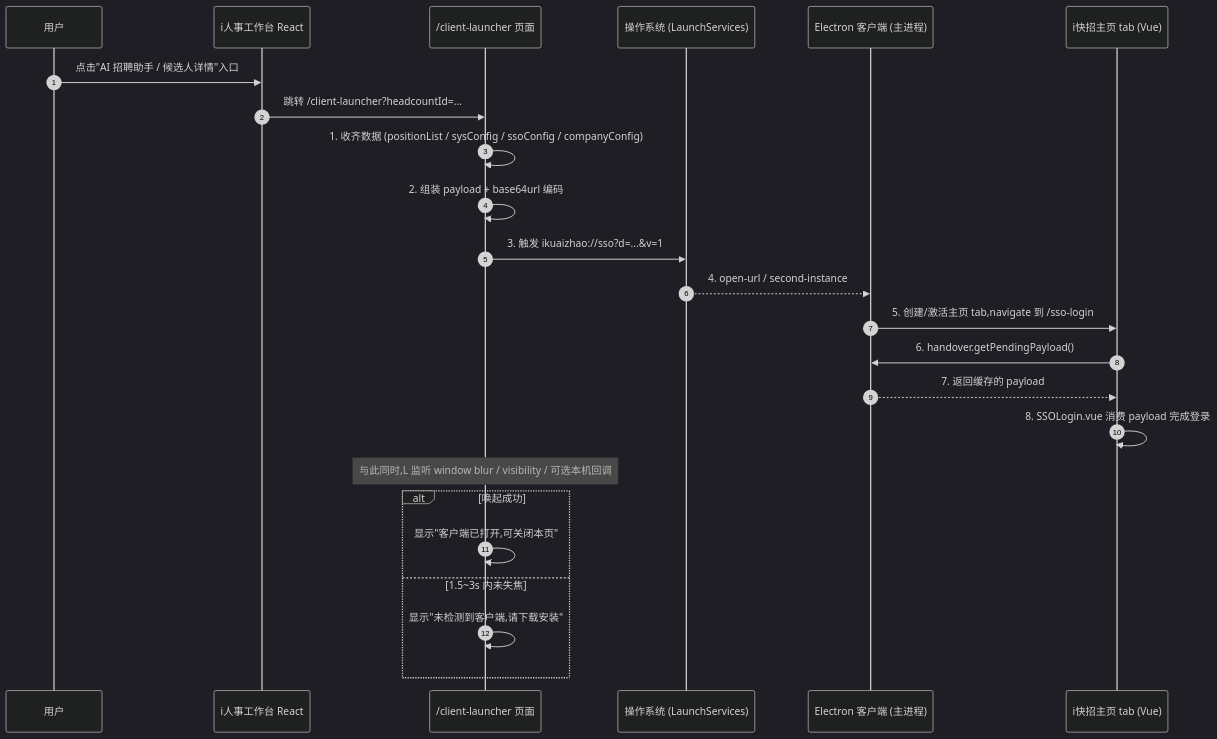
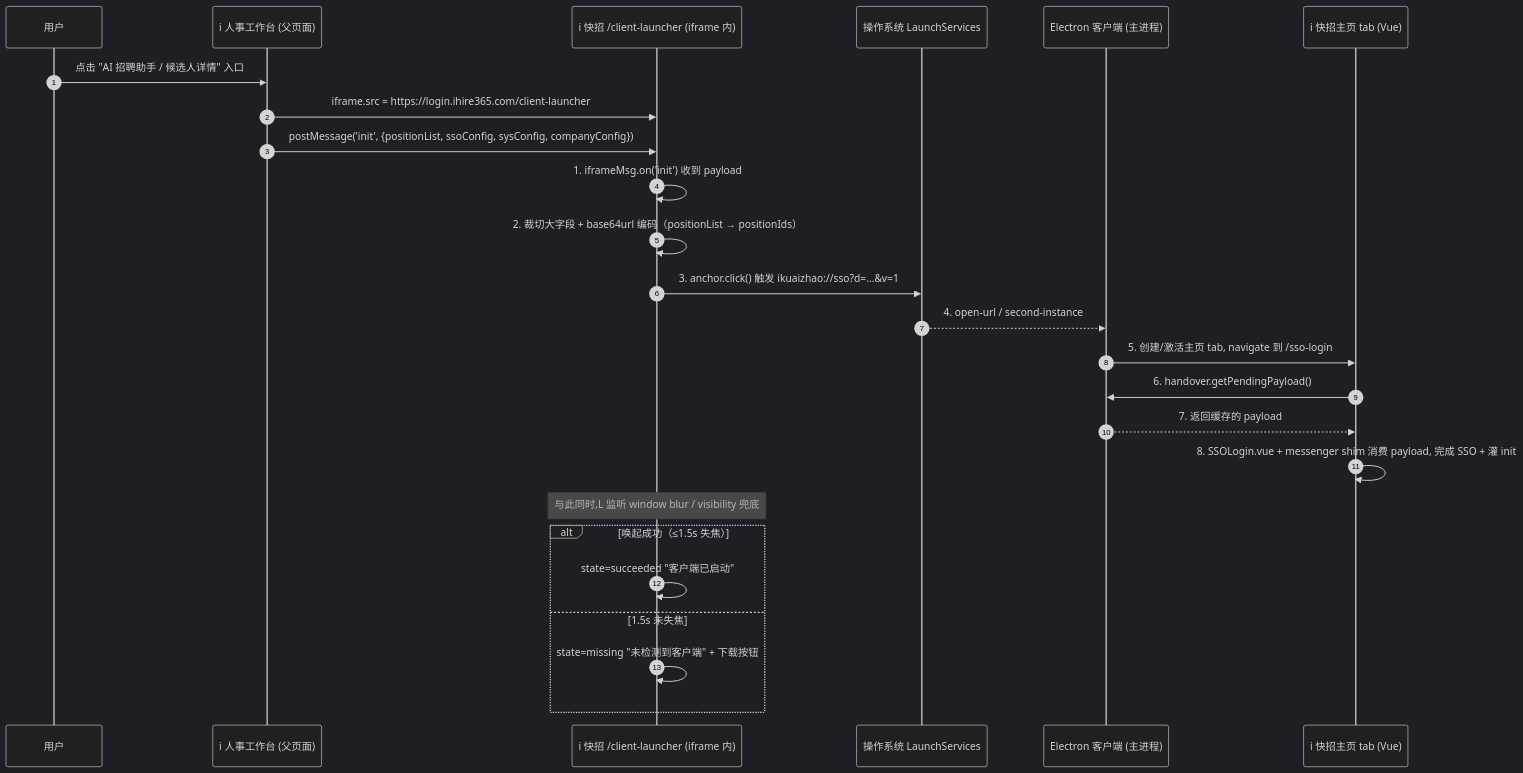
One commit to recruiting-tool-360/irecruiting360-web-static changed the diagram in docs/client-launcher-flow.md. Above: the diagram before and after it, drawn with Mermaid (dark theme). The commit also changed other lines of this file and 19 other files, not shown here.

````diff
--- a/docs/client-launcher-flow.md
+++ b/docs/client-launcher-flow.md
@@ -54,27 +63,28 @@
 ```mermaid
 sequenceDiagram
     autonumber
     participant U as 用户
-    participant W as i人事工作台 React
-    participant L as /client-launcher 页面
-    participant OS as 操作系统 (LaunchServices)
+    participant W as i 人事工作台 (父页面)
+    participant L as i 快招 /client-launcher (iframe 内)
+    participant OS as 操作系统 LaunchServices
     participant E as Electron 客户端 (主进程)
-    participant H as i快招主页 tab (Vue)
+    participant H as i 快招主页 tab (Vue)
 
-    U->>W: 点击"AI 招聘助手 / 候选人详情"入口
-    W->>L: 跳转 /client-launcher?headcountId=...
-    L->>L: 1. 收齐数据 (positionList / sysConfig / ssoConfig / companyConfig)
-    L->>L: 2. 组装 payload + base64url 编码
-    L->>OS: 3. 触发 ikuaizhao://sso?d=...&v=1
+    U->>W: 点击 "AI 招聘助手 / 候选人详情" 入口
+    W->>L: iframe.src = https://login.ihire365.com/client-launcher
+    W->>L: postMessage('init', {positionList, ssoConfig, sysConfig, companyConfig})
+    L->>L: 1. iframeMsg.on('init') 收到 payload
+    L->>L: 2. 裁切大字段 + base64url 编码（positionList → positionIds）
+    L->>OS: 3. anchor.click() 触发 ikuaizhao://sso?d=...&v=1
     OS-->>E: 4. open-url / second-instance
-    E->>H: 5. 创建/激活主页 tab,navigate 到 /sso-login
+    E->>H: 5. 创建/激活主页 tab, navigate 到 /sso-login
     H->>E: 6. handover.getPendingPayload()
     E-->>H: 7. 返回缓存的 payload
-    H->>H: 8. SSOLogin.vue 消费 payload 完成登录
-    Note over L: 与此同时,L 监听 window blur / visibility / 可选本机回调
-    alt 唤起成功
-        L->>L: 显示"客户端已打开,可关闭本页"
-    else 1.5~3s 内未失焦
-        L->>L: 显示"未检测到客户端,请下载安装"
+    H->>H: 8. SSOLogin.vue + messenger shim 消费 payload, 完成 SSO + 灌 init
+    Note over L: 与此同时,L 监听 window blur / visibility 兜底
+    alt 唤起成功（≤1.5s 失焦）
+        L->>L: state=succeeded "客户端已启动"
+    else 1.5s 未失焦
+        L->>L: state=missing "未检测到客户端" + 下载按钮
     end
 ```
````
